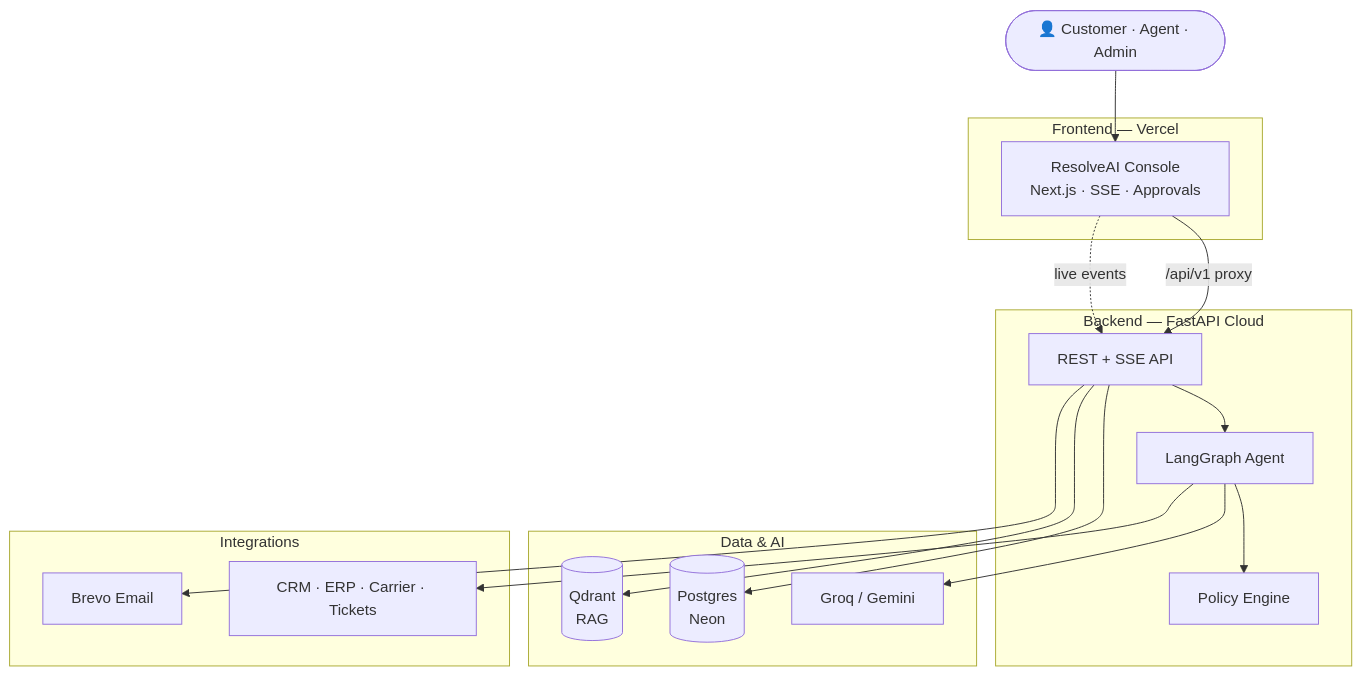
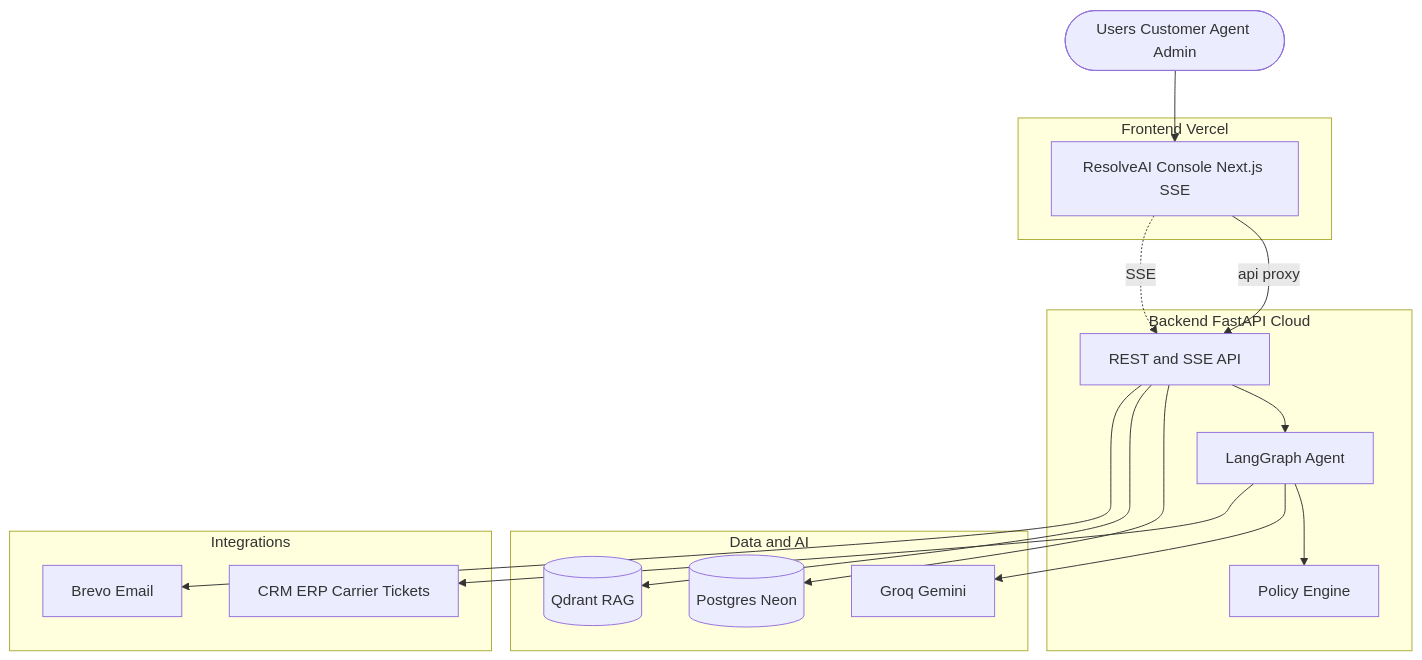
The first of 9 diagrams in README.md (nikhilmaguwala/enterprise-ai-agent), drawn with Mermaid before and after one commit. The commit also changed other lines of this file, not shown here.

Commit message:
Fix README Mermaid syntax errors on GitHub rendering.
Remove invalid x--x edges, subgraph links, and special characters that caused parse failures in tenancy and architecture diagrams.

````diff
--- a/README.md
+++ b/README.md
@@ -83,36 +83,36 @@
 ```mermaid
 flowchart TB
-  Users(["👤 Customer · Agent · Admin"])
+  Users([Users Customer Agent Admin])
 
-  subgraph Frontend["Frontend — Vercel"]
-    UI["ResolveAI Console<br/>Next.js · SSE · Approvals"]
+  subgraph frontend [Frontend Vercel]
+    UI[ResolveAI Console Next.js SSE]
   end
 
-  subgraph Backend["Backend — FastAPI Cloud"]
-    API["REST + SSE API"]
-    Agent["LangGraph Agent"]
-    Policy["Policy Engine"]
+  subgraph backend [Backend FastAPI Cloud]
+    API[REST and SSE API]
+    Agent[LangGraph Agent]
+    Policy[Policy Engine]
   end
 
-  subgraph Data["Data & AI"]
-    PG[("Postgres<br/>Neon")]
-    QD[("Qdrant<br/>RAG")]
-    LLM["Groq / Gemini"]
+  subgraph data [Data and AI]
+    PG[(Postgres Neon)]
+    QD[(Qdrant RAG)]
+    LLM[Groq Gemini]
   end
 
-  subgraph External["Integrations"]
-    Tools["CRM · ERP · Carrier · Tickets"]
-    Mail["Brevo Email"]
+  subgraph external [Integrations]
+    Tools[CRM ERP Carrier Tickets]
+    Mail[Brevo Email]
   end
 
   Users --> UI
-  UI -->|" /api/v1 proxy "| API
+  UI -->|api proxy| API
   API --> Agent
   Agent --> Policy
   Agent --> LLM
   Agent --> Tools
   API --> PG
   API --> QD
   API --> Mail
-  UI -.->|" live events "| API
+  UI -.->|SSE| API
 ```
````
